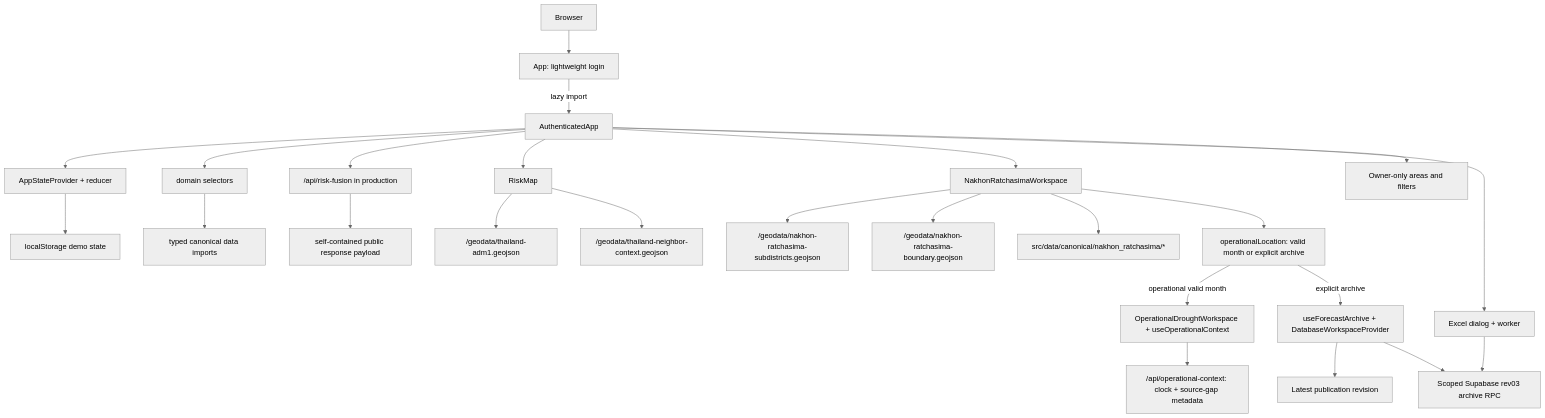
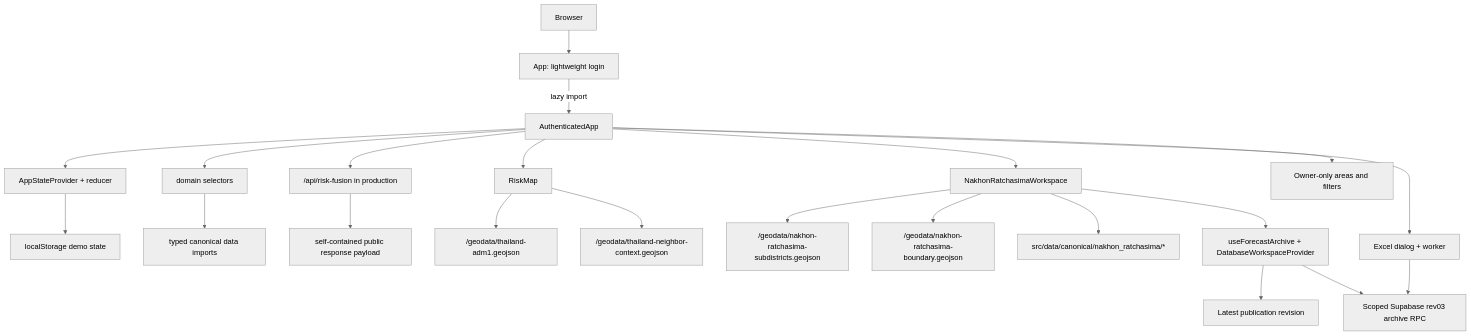
One commit to purichw/korattanphai changed the diagram in docs/ARCHITECTURE.md. Above: the diagram before and after it, drawn with Mermaid (neutral theme). The commit also changed other lines of this file and 35 other files, not shown here.

Commit message:
fix: restore forecast-only workspace routes

````diff
--- a/docs/ARCHITECTURE.md
+++ b/docs/ARCHITECTURE.md
@@ -51,27 +50,24 @@
 ```mermaid
 flowchart TD
   Browser["Browser"] --> Login["App: lightweight login"]
   Login -->|lazy import| App["AuthenticatedApp"]
   App --> Store["AppStateProvider + reducer"]
   Store --> Local["localStorage demo state"]
   App --> Domain["domain selectors"]
   App --> FusionApi["/api/risk-fusion in production"]
   Domain --> Catalog["typed canonical data imports"]
   FusionApi --> FusionPayload["self-contained public response payload"]
   App --> Map["RiskMap"]
   Map --> Geo["/geodata/thailand-adm1.geojson"]
   Map --> NeighborGeo["/geodata/thailand-neighbor-context.geojson"]
   App --> NR["NakhonRatchasimaWorkspace"]
   NR --> NRGeo["/geodata/nakhon-ratchasima-subdistricts.geojson"]
   NR --> NRBoundary["/geodata/nakhon-ratchasima-boundary.geojson"]
   NR --> NRData["src/data/canonical/nakhon_ratchasima/*"]
-  NR --> Intent["operationalLocation: valid month or explicit archive"]
-  Intent -->|"operational valid month"| Operational["OperationalDroughtWorkspace + useOperationalContext"]
-  Operational --> Clock["/api/operational-context: clock + source-gap metadata"]
-  Intent -->|"explicit archive"| Loader["useForecastArchive + DatabaseWorkspaceProvider"]
+  NR --> Loader["useForecastArchive + DatabaseWorkspaceProvider"]
   Loader --> Revision["Latest publication revision"]
   Loader --> Archive["Scoped Supabase rev03 archive RPC"]
   App --> Saved["Owner-only areas and filters"]
   App --> Excel["Excel dialog + worker"]
   Excel --> Archive
 ```
````
